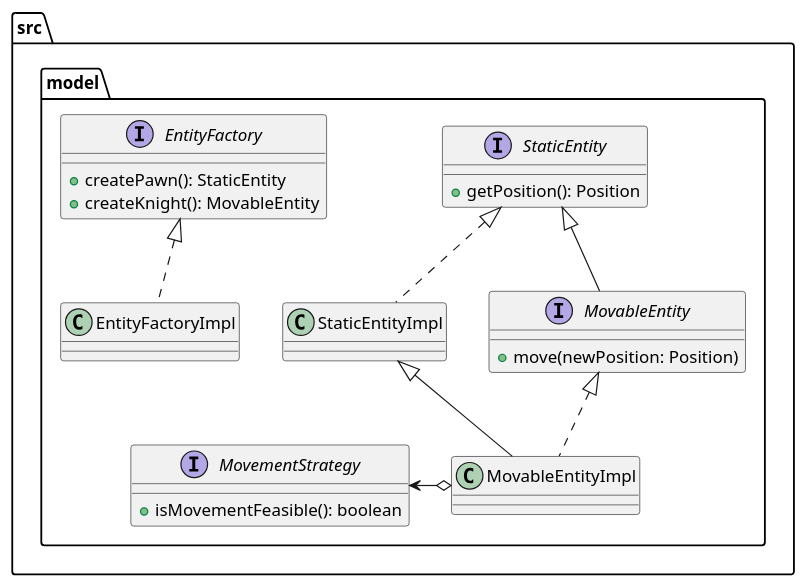
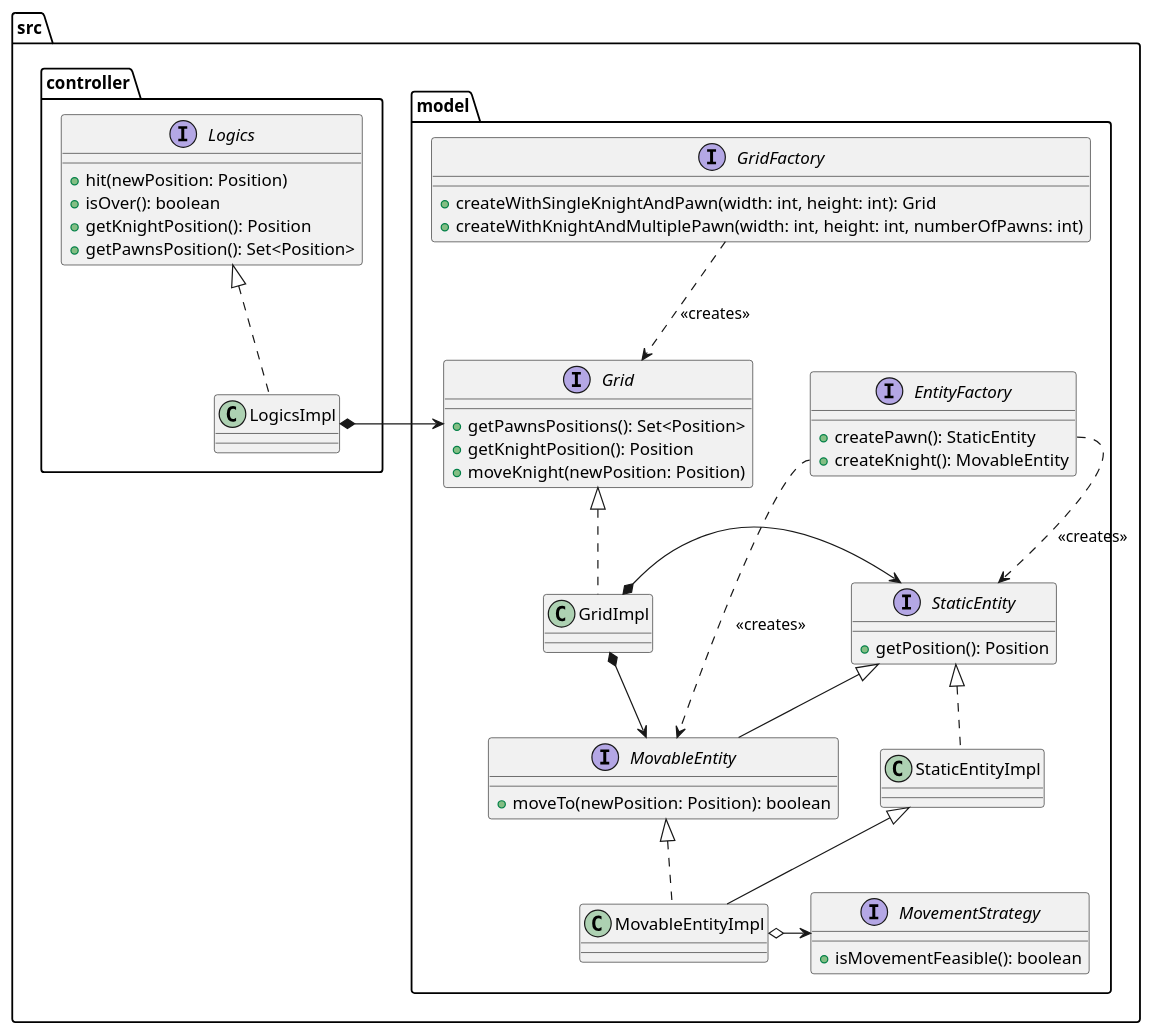
The diagram in src/e1/uml-class.puml (tassiLuca/pps-22-23-lab01b), drawn with PlantUML before and after one commit. The commit also changed 4 other files, not shown here.

```diff
--- a/src/e1/uml-class.puml
+++ b/src/e1/uml-class.puml
@@ -1,28 +1,57 @@
 @startuml uml-class
 
 package src.model {
     interface StaticEntity {
         +getPosition(): Position
     }
     class StaticEntityImpl implements StaticEntity
 
     interface MovableEntity extends StaticEntity {
-        +move(newPosition: Position)
+        +moveTo(newPosition: Position): boolean
     }
     class MovableEntityImpl implements MovableEntity
     MovableEntityImpl -up-|> StaticEntityImpl
 
     interface MovementStrategy {
         +isMovementFeasible(): boolean
     }
 
-    MovableEntityImpl o-left-> MovementStrategy
+    MovableEntityImpl o-right-> MovementStrategy
 
     interface EntityFactory {
         +createPawn(): StaticEntity
         +createKnight(): MovableEntity
     }
-    class EntityFactoryImpl implements EntityFactory
+    EntityFactory::createPawn ..> StaticEntity: <<creates>>
+    EntityFactory::createKnight ..> MovableEntity : <<creates>>
+
+    interface Grid {
+        +getPawnsPositions(): Set<Position>
+        +getKnightPosition(): Position
+        +moveKnight(newPosition: Position)
+    }
+    class GridImpl implements Grid
+    GridImpl *-right-> StaticEntity
+    GridImpl *--> MovableEntity
+
+    interface GridFactory {
+        +createWithSingleKnightAndPawn(width: int, height: int): Grid
+        +createWithKnightAndMultiplePawn(width: int, height: int, numberOfPawns: int)
+    }
+    GridFactory ..> Grid : <<creates>>
+}
+
+package src.controller {
+    interface Logics {
+        +hit(newPosition: Position)
+        +isOver(): boolean
+        +getKnightPosition(): Position
+        +getPawnsPosition(): Set<Position>
+    }
+
+    class LogicsImpl implements Logics
+
+    LogicsImpl *-right-> Grid
 }
 
 @enduml
```
